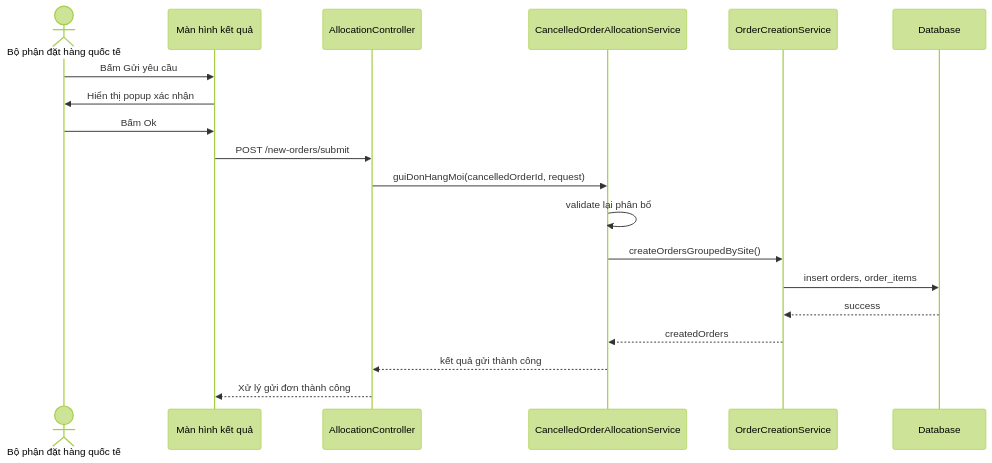
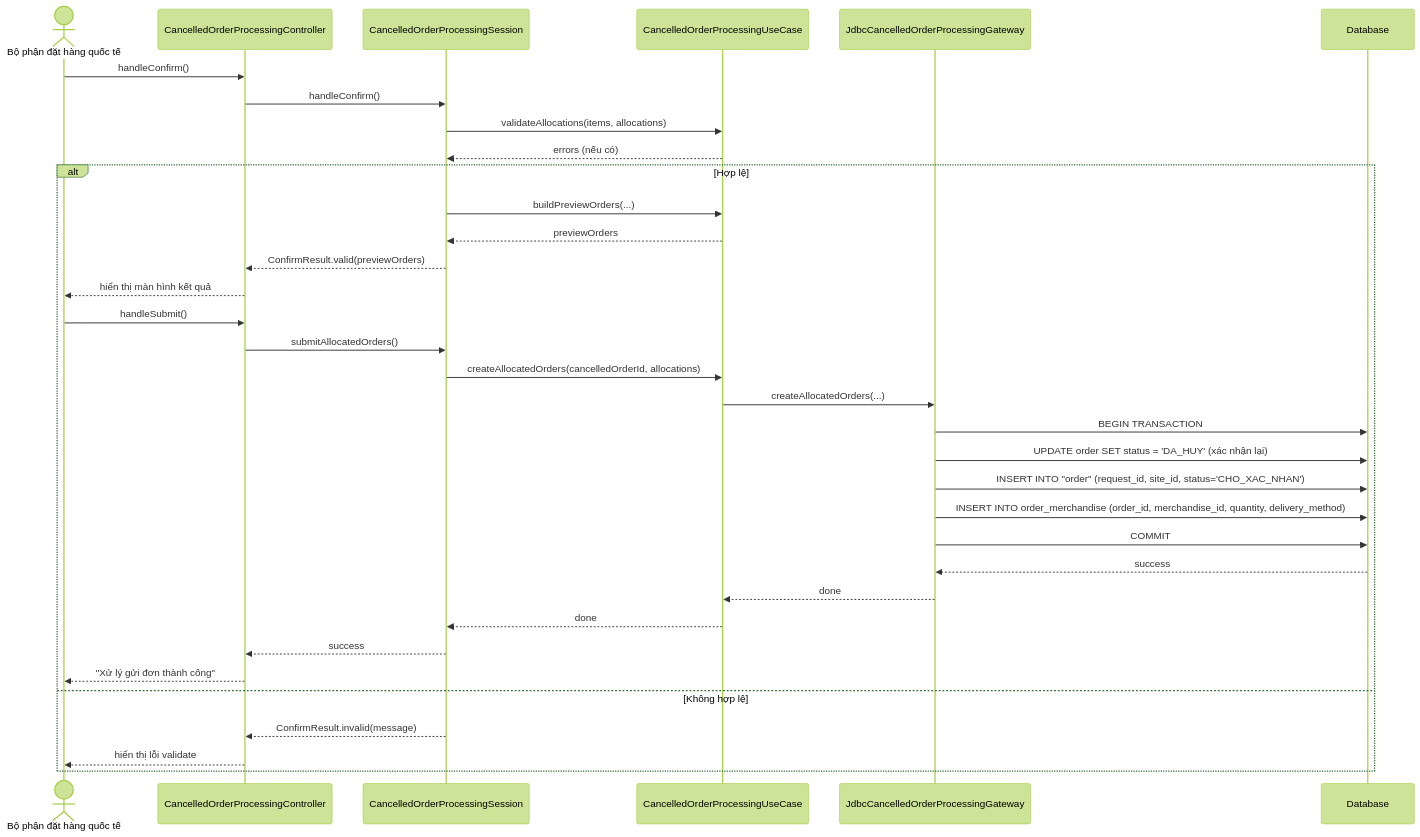
The sixth of 6 diagrams in usecase_xu_ly_don_hang_bi_huy.md (NeoCyber05/PRJ_ITSS), drawn with Mermaid (forest theme) before and after one commit. The commit also changed other lines of this file and 26 other files, not shown here.

````diff
--- a/usecase_xu_ly_don_hang_bi_huy.md
+++ b/usecase_xu_ly_don_hang_bi_huy.md
@@ -707,22 +492,37 @@
 ```mermaid
 sequenceDiagram
     actor User as Bộ phận đặt hàng quốc tế
-    participant UI as Màn hình kết quả
-    participant Ctrl as AllocationController
-    participant Service as CancelledOrderAllocationService
-    participant OrderService as OrderCreationService
+    participant Ctrl as CancelledOrderProcessingController
+    participant Session as CancelledOrderProcessingSession
+    participant UseCase as CancelledOrderProcessingUseCase
+    participant Gateway as JdbcCancelledOrderProcessingGateway
     participant DB as Database
 
-    User->>UI: Bấm Gửi yêu cầu
-    UI->>User: Hiển thị popup xác nhận
-    User->>UI: Bấm Ok
-    UI->>Ctrl: POST /new-orders/submit
-    Ctrl->>Service: guiDonHangMoi(cancelledOrderId, request)
-    Service->>Service: validate lại phân bổ
-    Service->>OrderService: createOrdersGroupedBySite()
-    OrderService->>DB: insert orders, order_items
-    DB-->>OrderService: success
-    OrderService-->>Service: createdOrders
-    Service-->>Ctrl: kết quả gửi thành công
-    Ctrl-->>UI: Xử lý gửi đơn thành công
+    User->>Ctrl: handleConfirm()
+    Ctrl->>Session: handleConfirm()
+    Session->>UseCase: validateAllocations(items, allocations)
+    UseCase-->>Session: errors (nếu có)
+    alt Hợp lệ
+        Session->>UseCase: buildPreviewOrders(...)
+        UseCase-->>Session: previewOrders
+        Session-->>Ctrl: ConfirmResult.valid(previewOrders)
+        Ctrl-->>User: hiển thị màn hình kết quả
+        User->>Ctrl: handleSubmit()
+        Ctrl->>Session: submitAllocatedOrders()
+        Session->>UseCase: createAllocatedOrders(cancelledOrderId, allocations)
+        UseCase->>Gateway: createAllocatedOrders(...)
+        Gateway->>DB: BEGIN TRANSACTION
+        Gateway->>DB: UPDATE order SET status = 'DA_HUY' (xác nhận lại)
+        Gateway->>DB: INSERT INTO "order" (request_id, site_id, status='CHO_XAC_NHAN')
+        Gateway->>DB: INSERT INTO order_merchandise (order_id, merchandise_id, quantity, delivery_method)
+        Gateway->>DB: COMMIT
+        DB-->>Gateway: success
+        Gateway-->>UseCase: done
+        UseCase-->>Session: done
+        Session-->>Ctrl: success
+        Ctrl-->>User: "Xử lý gửi đơn thành công"
+    else Không hợp lệ
+        Session-->>Ctrl: ConfirmResult.invalid(message)
+        Ctrl-->>User: hiển thị lỗi validate
+    end
 ```
````
